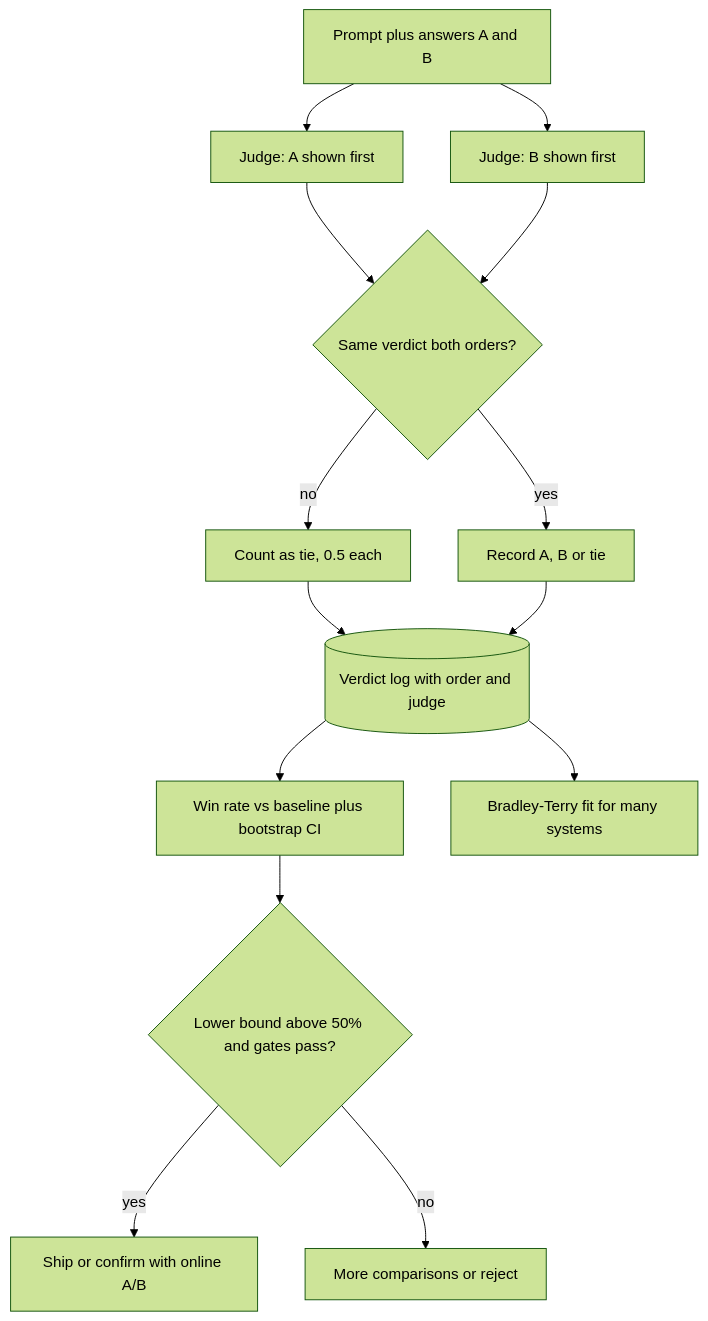
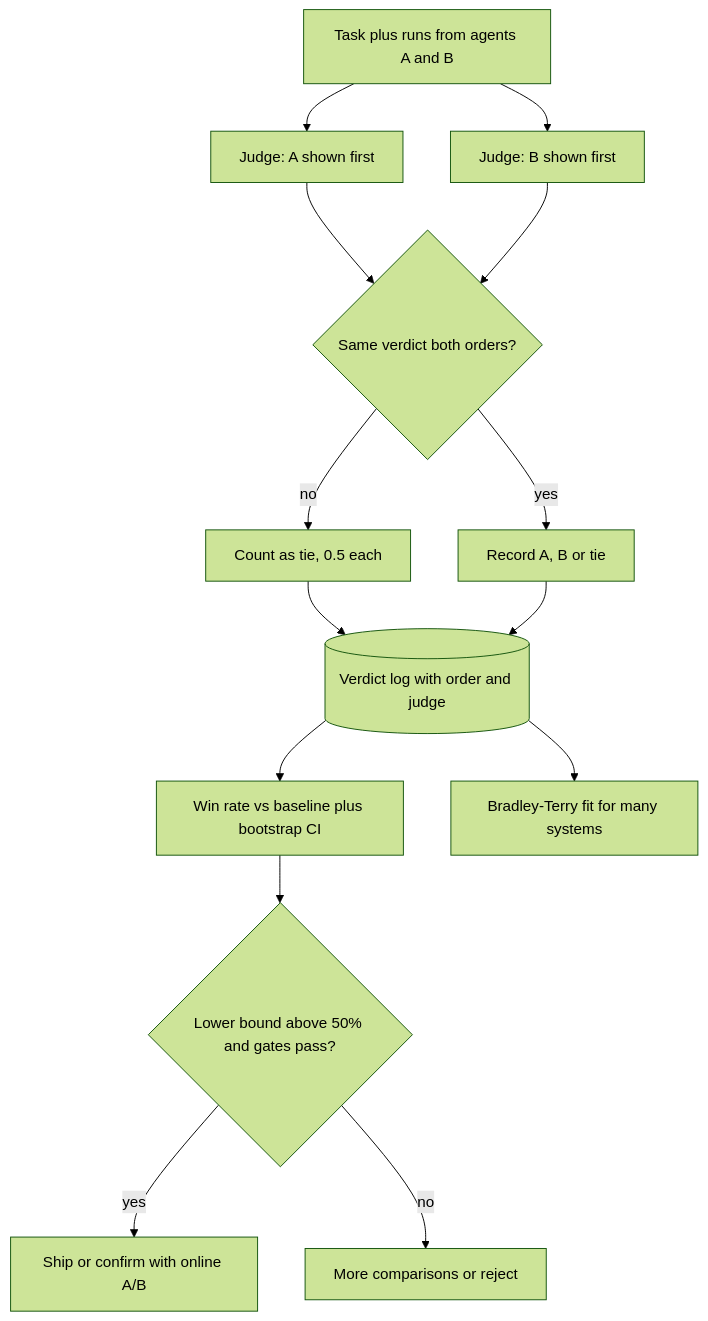
One commit to lovishmahajan97/agentic-learning changed the diagram in content/evals/pairwise-comparison.md. Above: the diagram before and after it, drawn with Mermaid (forest theme). The commit also changed other lines of this file and 266 other files, not shown here.

````diff
--- a/content/evals/pairwise-comparison.md
+++ b/content/evals/pairwise-comparison.md
@@ -116,16 +148,16 @@
 ```mermaid
 flowchart TD
-    P["Prompt plus answers A and B"] --> O1["Judge: A shown first"]
+    P["Task plus runs from agents A and B"] --> O1["Judge: A shown first"]
     P --> O2["Judge: B shown first"]
     O1 --> C{"Same verdict both orders?"}
     O2 --> C
     C -->|"no"| T["Count as tie, 0.5 each"]
     C -->|"yes"| V["Record A, B or tie"]
     T --> L[("Verdict log with order and judge")]
     V --> L
     L --> W["Win rate vs baseline plus bootstrap CI"]
     L --> BT["Bradley-Terry fit for many systems"]
     W --> D{"Lower bound above 50% and gates pass?"}
     D -->|"yes"| S["Ship or confirm with online A/B"]
     D -->|"no"| M["More comparisons or reject"]
 ```
````
